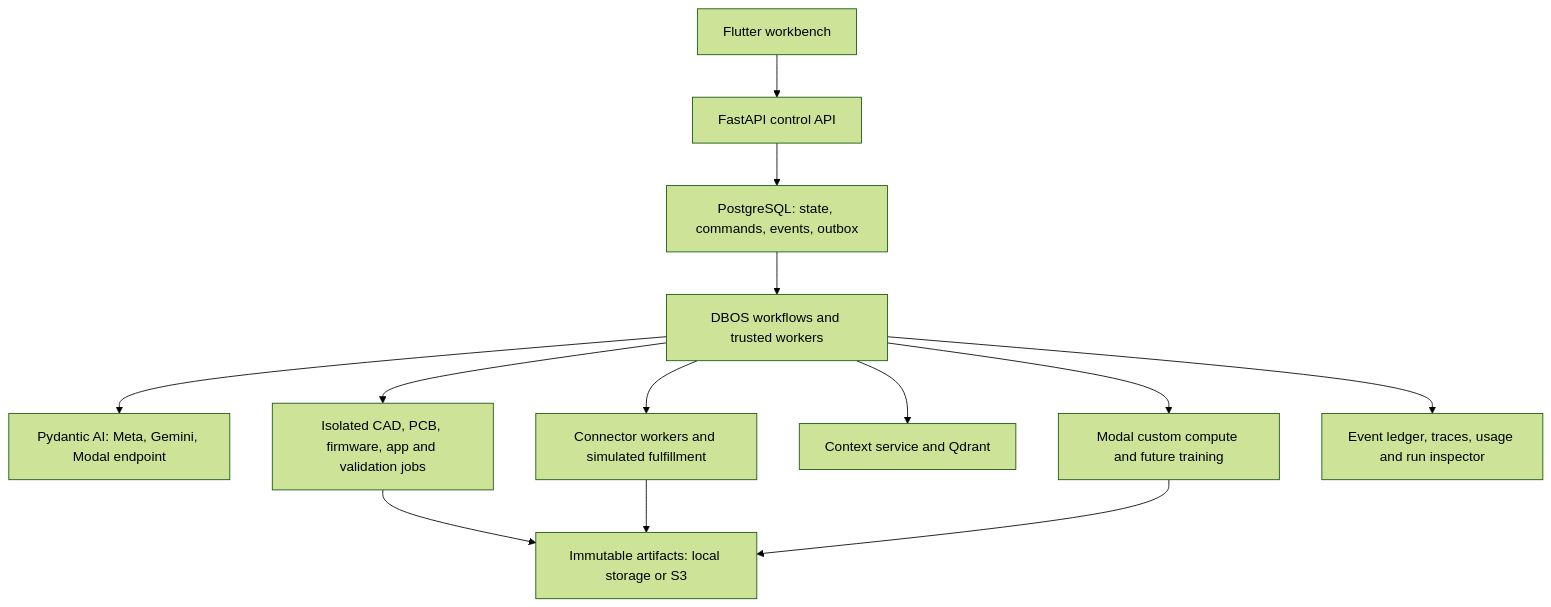
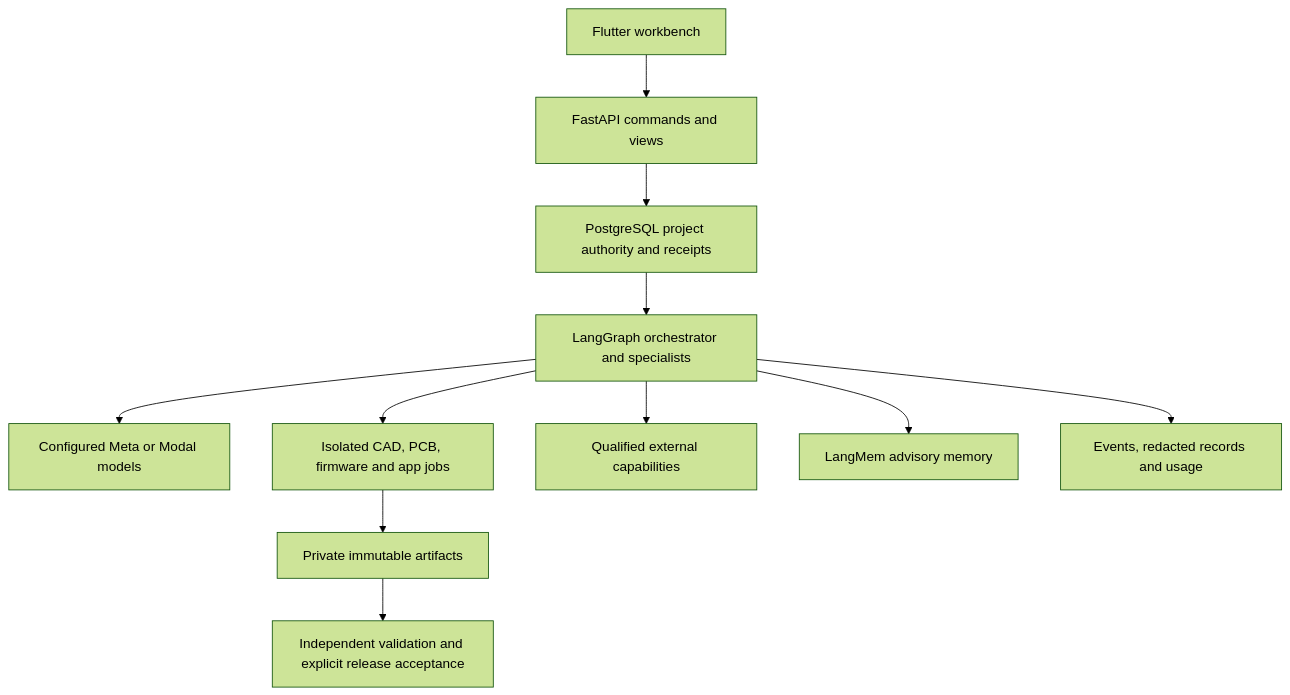
One commit to manuu-r/kleos9 changed the diagram in README.md. Above: the diagram before and after it, drawn with Mermaid (forest theme). The commit also changed other lines of this file and 937 other files, not shown here.

````diff
--- a/README.md
+++ b/README.md
@@ -60,15 +71,13 @@
 ```mermaid
 flowchart TD
-    UI[Flutter workbench] --> API[FastAPI control API]
-    API --> PG[PostgreSQL: state, commands, events, outbox]
-    PG --> WF[DBOS workflows and trusted workers]
-    WF --> AI[Pydantic AI: Meta, Gemini, Modal endpoint]
-    WF --> NATIVE[Isolated CAD, PCB, firmware, app and validation jobs]
-    WF --> CONNECT[Connector workers and simulated fulfillment]
-    WF --> MEMORY[Context service and Qdrant]
-    WF --> MODAL[Modal custom compute and future training]
-    NATIVE --> FILES[Immutable artifacts: local storage or S3]
-    CONNECT --> FILES
-    MODAL --> FILES
-    WF --> OBS[Event ledger, traces, usage and run inspector]
+    UI[Flutter workbench] --> API[FastAPI commands and views]
+    API --> PG[PostgreSQL project authority and receipts]
+    PG --> WF[LangGraph orchestrator and specialists]
+    WF --> AI[Configured Meta or Modal models]
+    WF --> NATIVE[Isolated CAD, PCB, firmware and app jobs]
+    WF --> CONNECT[Qualified external capabilities]
+    WF --> MEMORY[LangMem advisory memory]
+    NATIVE --> FILES[Private immutable artifacts]
+    FILES --> CHECK[Independent validation and explicit release acceptance]
+    WF --> OBS[Events, redacted records and usage]
 ```
````
